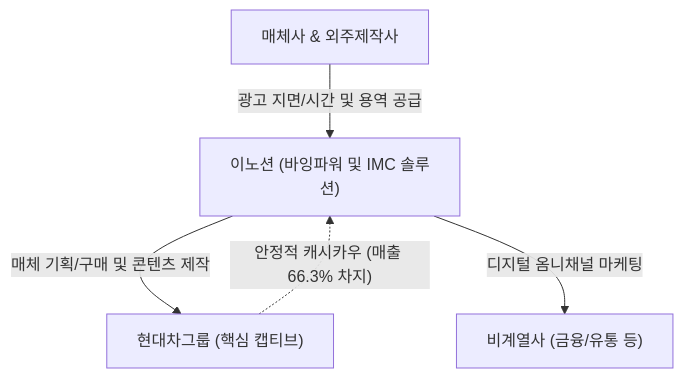
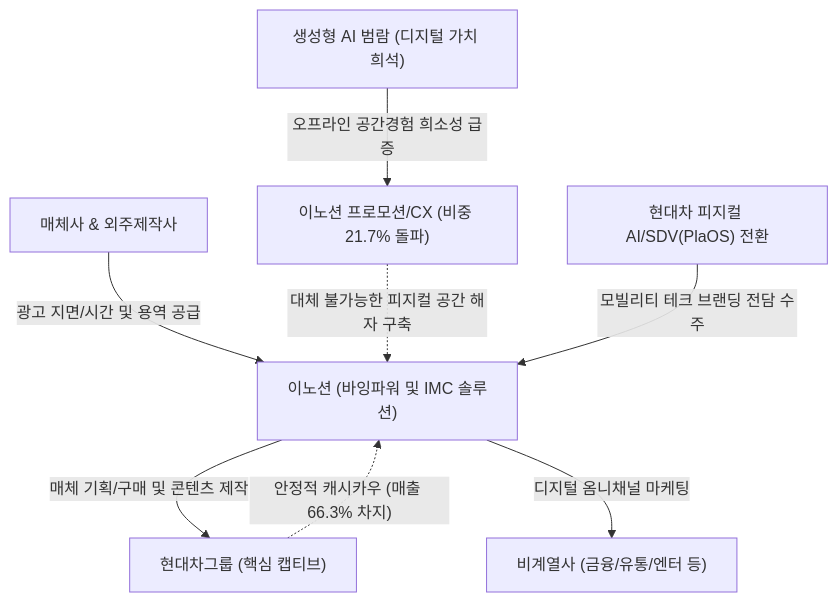
One commit to eve830521-cmd/my-skill changed the diagram in Stock_Research/이노션/3_Final_Reports/Phase1_Report.md. Above: the diagram before and after it, drawn with Mermaid. The commit also changed other lines of this file and 127 other files, not shown here.

````diff
--- a/Stock_Research/이노션/3_Final_Reports/Phase1_Report.md
+++ b/Stock_Research/이노션/3_Final_Reports/Phase1_Report.md
@@ -12,7 +21,10 @@
 ```mermaid
 graph TD
     A["매체사 & 외주제작사"] -->|"광고 지면/시간 및 용역 공급"| B["이노션 (바잉파워 및 IMC 솔루션)"]
     B -->|"매체 기획/구매 및 콘텐츠 제작"| C["현대차그룹 (핵심 캡티브)"]
-    B -->|"디지털 옴니채널 마케팅"| D["비계열사 (금융/유통 등)"]
+    B -->|"디지털 옴니채널 마케팅"| D["비계열사 (금융/유통/엔터 등)"]
     C -. "안정적 캐시카우 (매출 66.3% 차지)" .-> B
+    E["생성형 AI 범람 (디지털 가치 희석)"] -->|"오프라인 공간경험 희소성 급증"| F["이노션 프로모션/CX (비중 21.7% 돌파)"]
+    F -. "대체 불가능한 피지컬 공간 해자 구축" .-> B
+    G["현대차 피지컬 AI/SDV(PlaOS) 전환"] -->|"모빌리티 테크 브랜딩 전담 수주"| B
 ```
````
